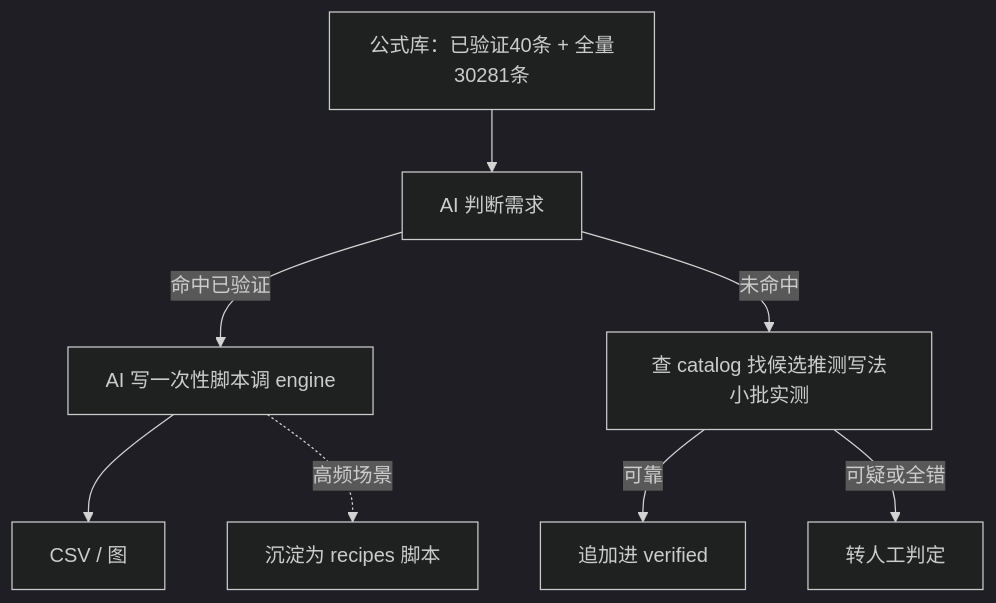
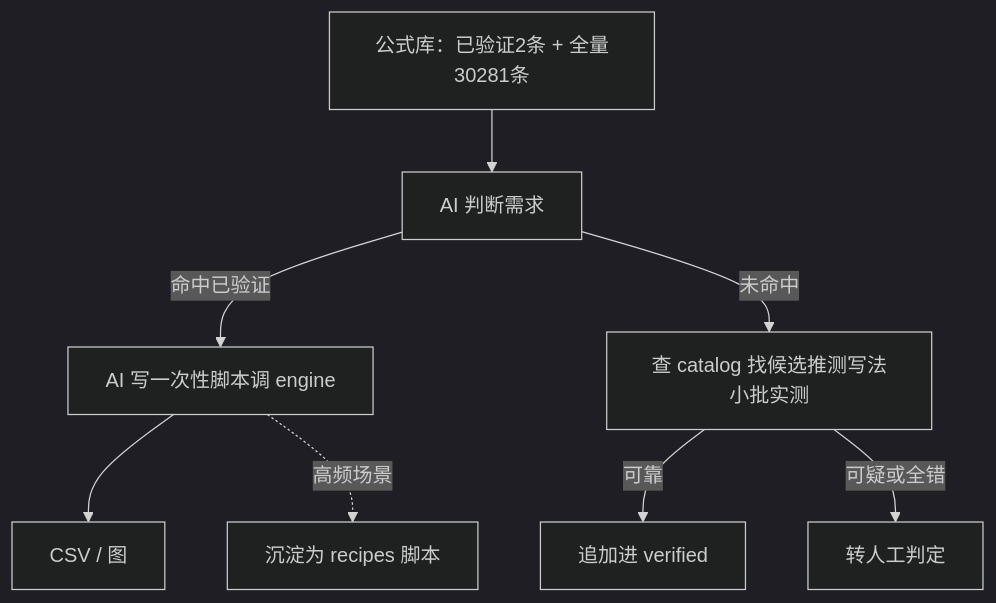
One commit to alone-tree/Ashare-announcements-MCP changed the diagram in docs/iFinD公式验证库建设方案-2026-11-18.md. Above: the diagram before and after it, drawn with Mermaid (dark theme). The commit also changed other lines of this file and 7 other files, not shown here.

````diff
--- a/docs/iFinD公式验证库建设方案-2026-11-18.md
+++ b/docs/iFinD公式验证库建设方案-2026-11-18.md
@@ -76,10 +76,10 @@
 ```mermaid
 flowchart TB
-    L[公式库：已验证40条 + 全量30281条] --> AI[AI 判断需求]
+    L[公式库：已验证2条 + 全量30281条] --> AI[AI 判断需求]
     AI -->|命中已验证| S[AI 写一次性脚本调 engine]
     AI -->|未命中| C[查 catalog 找候选推测写法小批实测]
     C -->|可靠| V[追加进 verified]
     C -->|可疑或全错| U[转人工判定]
     S --> D[CSV / 图]
     S -.->|高频场景| R[沉淀为 recipes 脚本]
 ```
````
